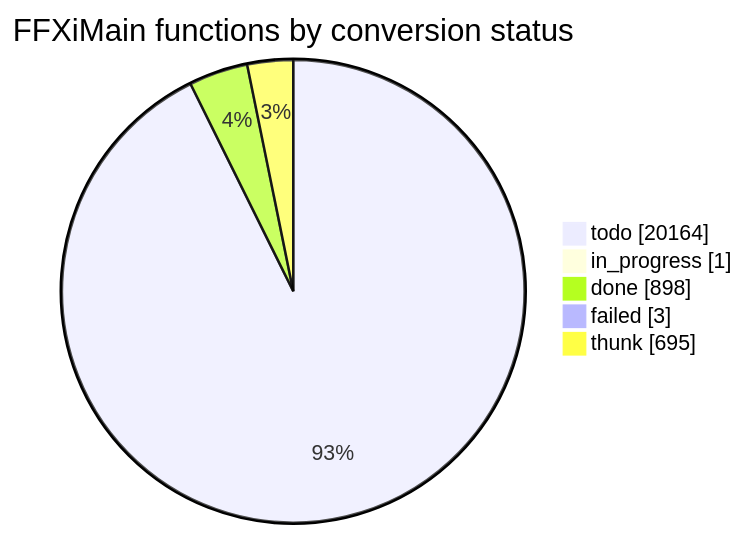
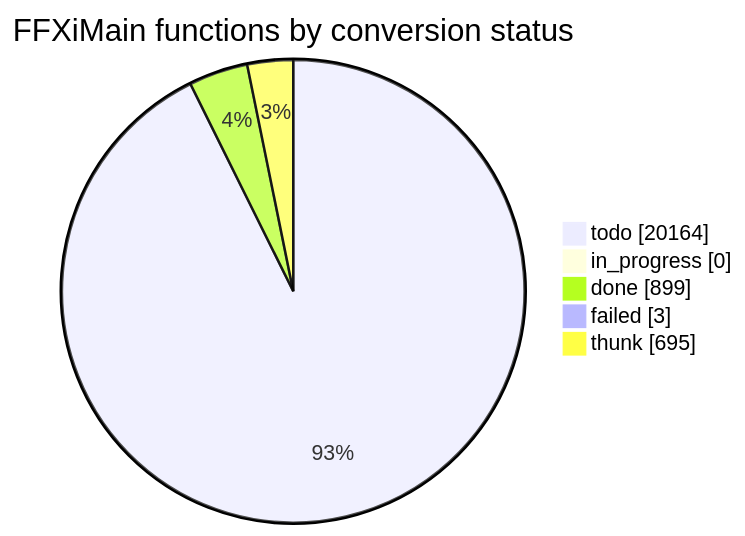
Before and after one commit to cowrevenge/cow_kuluu_xi_anything: the diagram in docs/cow/STATUS.md, drawn with Mermaid. The commit also changed other lines of this file and 9 other files, not shown here.

````diff
--- a/docs/cow/STATUS.md
+++ b/docs/cow/STATUS.md
@@ -18,9 +18,9 @@
 ```mermaid
 pie showData
     title FFXiMain functions by conversion status
     "todo" : 20164
-    "in_progress" : 1
-    "done" : 898
+    "in_progress" : 0
+    "done" : 899
     "failed" : 3
     "thunk" : 695
 ```
````
